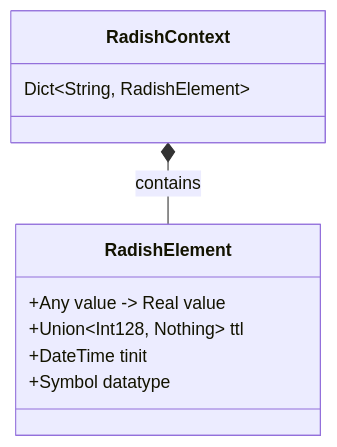
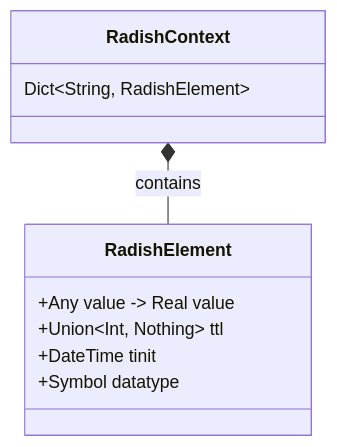
One commit to fabioscantamburlo/Radish changed the diagram in docs/index.md. Above: the diagram before and after it, drawn with Mermaid. The commit also changed 8 other files, not shown here.

````diff
--- a/docs/index.md
+++ b/docs/index.md
@@ -109,15 +109,15 @@
 ```mermaid
 classDiagram
     class RadishContext {
         Dict~String, RadishElement~
     }
 
     class RadishElement {
         +Any value -> Real value 
-        +Union~Int128, Nothing~ ttl
+        +Union~Int, Nothing~ ttl
         +DateTime tinit
         +Symbol datatype
     }
 
     RadishContext *-- RadishElement : contains
 ```
````
